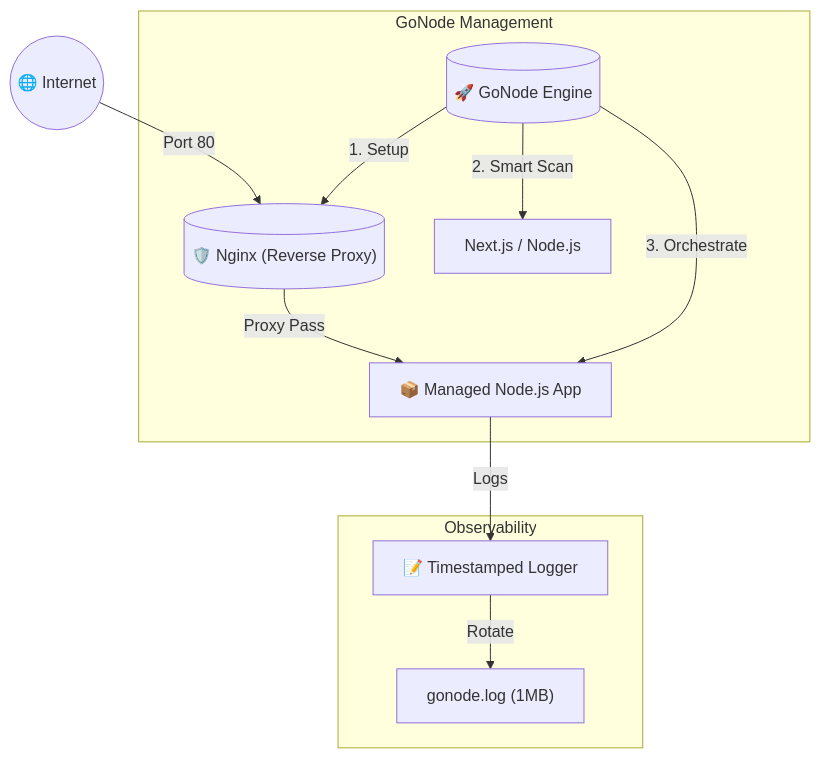
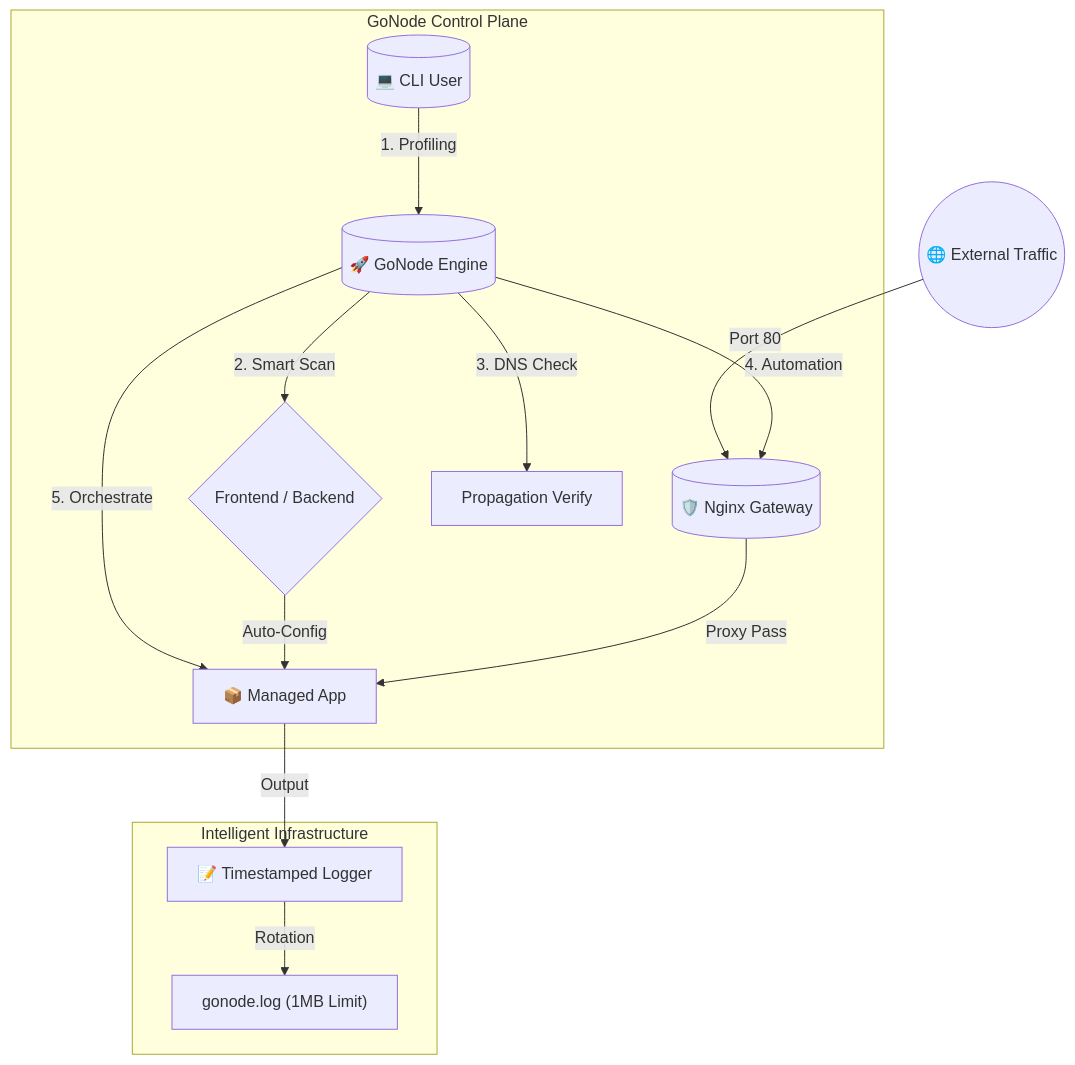
One commit to RayhanDitaAdam/NodeFlow-Adaptive-Orchestrator changed the diagram in README.md. Above: the diagram before and after it, drawn with Mermaid. The commit also changed other lines of this file, not shown here.

Commit message:
docs: update mermaid architecture diagram and features in README

````diff
--- a/README.md
+++ b/README.md
@@ -15,16 +13,20 @@
 ```mermaid
 graph TD
-    Client((🌐 Internet)) -->|Port 80| Nginx[("🛡️ Nginx (Reverse Proxy)")]
-    Nginx -->|Proxy Pass| NodeApp["📦 Managed Node.js App"]
+    User((🌐 External Traffic)) -->|Port 80| Nginx[("🛡️ Nginx Gateway")]
     
-    subgraph "GoNode Management"
-    GoNode[("🚀 GoNode Engine")] -->|1. Setup| Nginx
-    GoNode -->|2. Smart Scan| Detector[Next.js / Node.js]
-    GoNode -->|3. Orchestrate| NodeApp
+    subgraph "GoNode Control Plane"
+    CLI[("💻 CLI User")] -->|1. Profiling| Engine
+    Engine[("🚀 GoNode Engine")] -->|2. Smart Scan| Detector{Frontend / Backend}
+    Engine -->|3. DNS Check| DNS[Propagation Verify]
+    Engine -->|4. Automation| Nginx
+    Engine -->|5. Orchestrate| NodeApp["📦 Managed App"]
     end
 
-    subgraph "Observability"
-    NodeApp -->|Logs| Logger["📝 Timestamped Logger"]
-    Logger -->|Rotate| LogFile["gonode.log (1MB)"]
+    subgraph "Intelligent Infrastructure"
+    Detector -->|Auto-Config| NodeApp
+    NodeApp -->|Output| Logger["📝 Timestamped Logger"]
+    Logger -->|Rotation| LogFile["gonode.log (1MB Limit)"]
     end
+
+    Nginx -->|Proxy Pass| NodeApp
 ```
````
